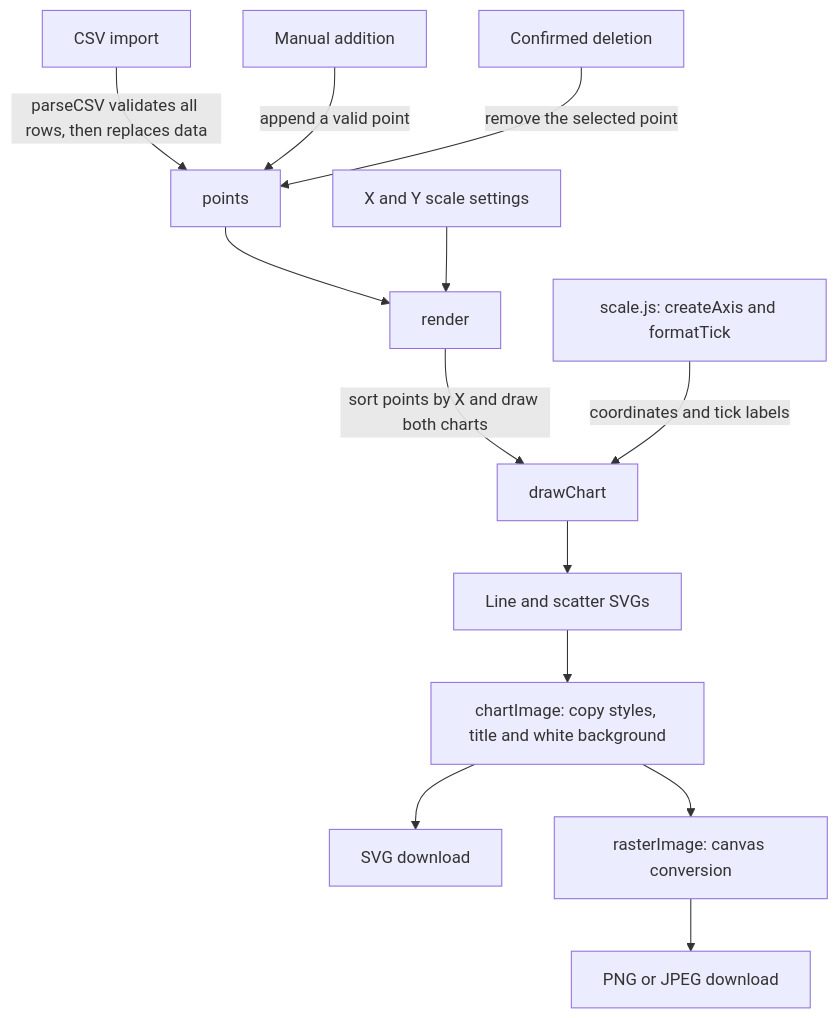
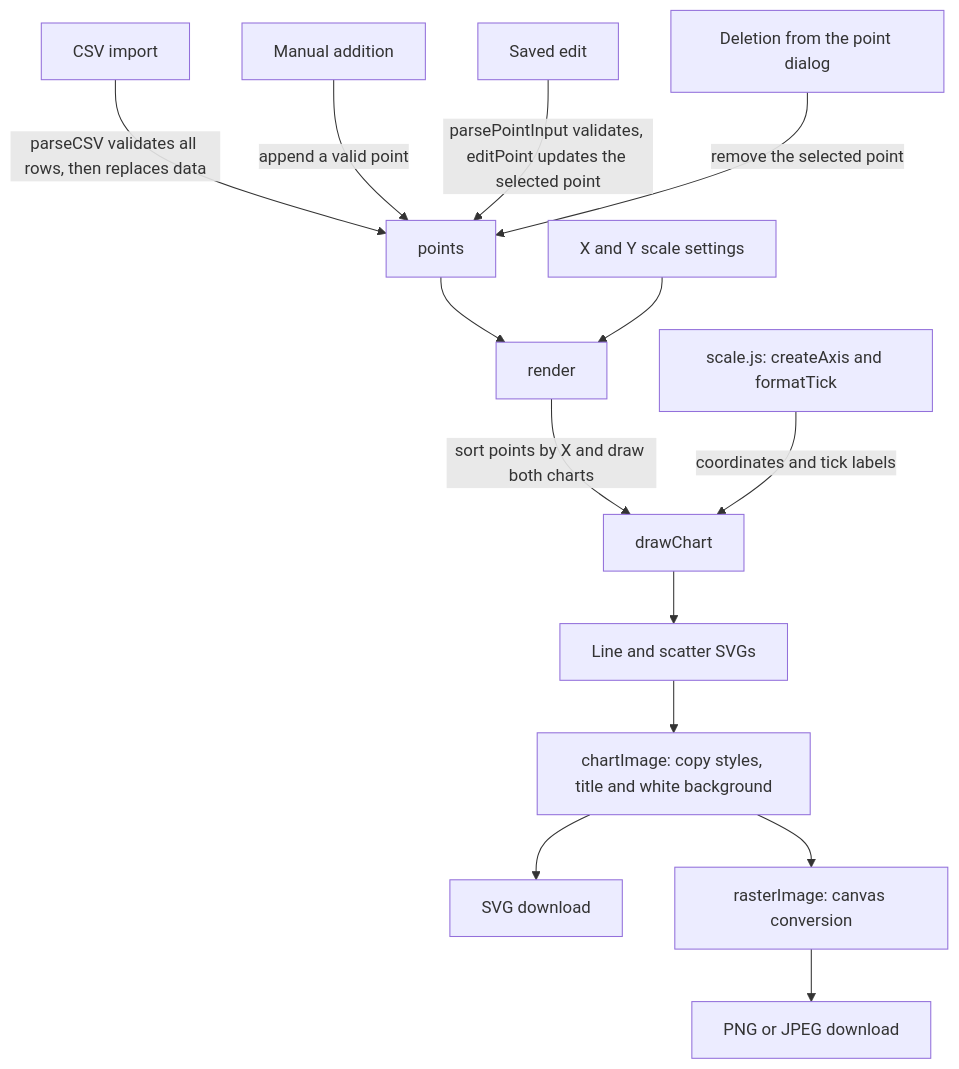
The diagram in README.md (Caffeinated-Coders-CSE-210/Warm-Up-Graphing-Tool), drawn with Mermaid before and after one commit. The commit also changed other lines of this file and 5 other files, not shown here.

````diff
--- a/README.md
+++ b/README.md
@@ -30,15 +30,16 @@
 ```mermaid
 flowchart TD
   CSV[CSV import] -->|parseCSV validates all rows, then replaces data| P[points]
   Add[Manual addition] -->|append a valid point| P
-  Delete[Confirmed deletion] -->|remove the selected point| P
+  Edit[Saved edit] -->|parsePointInput validates, editPoint updates the selected point| P
+  Delete[Deletion from the point dialog] -->|remove the selected point| P
   P --> R[render]
   Settings[X and Y scale settings] --> R
   R -->|sort points by X and draw both charts| D[drawChart]
   Helpers["scale.js: createAxis and formatTick"] -->|coordinates and tick labels| D
   D --> SVG[Line and scatter SVGs]
   SVG --> Image[chartImage: copy styles, title and white background]
   Image --> Download[SVG download]
   Image --> Raster[rasterImage: canvas conversion]
   Raster --> PNG[PNG or JPEG download]
 ```
````
